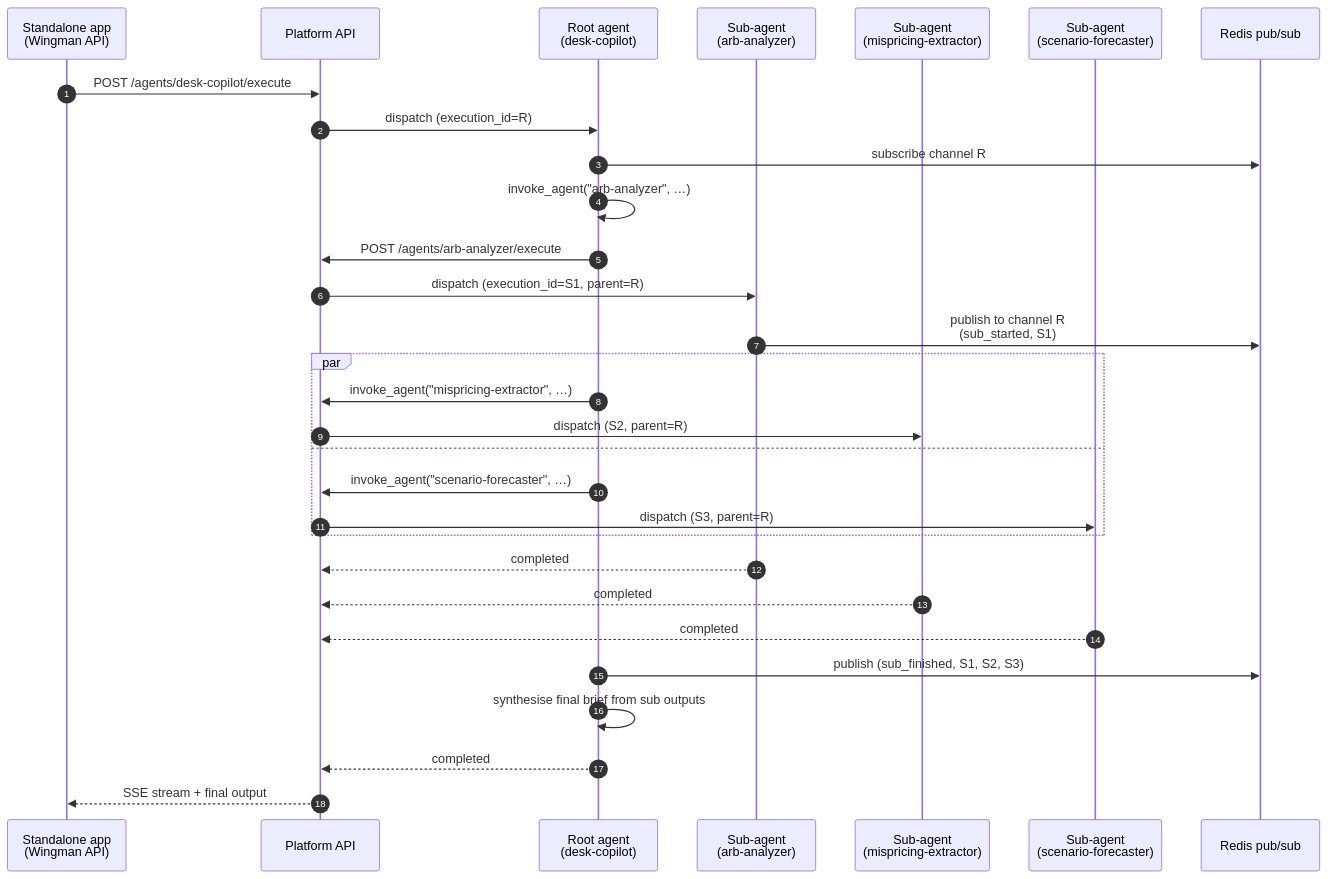
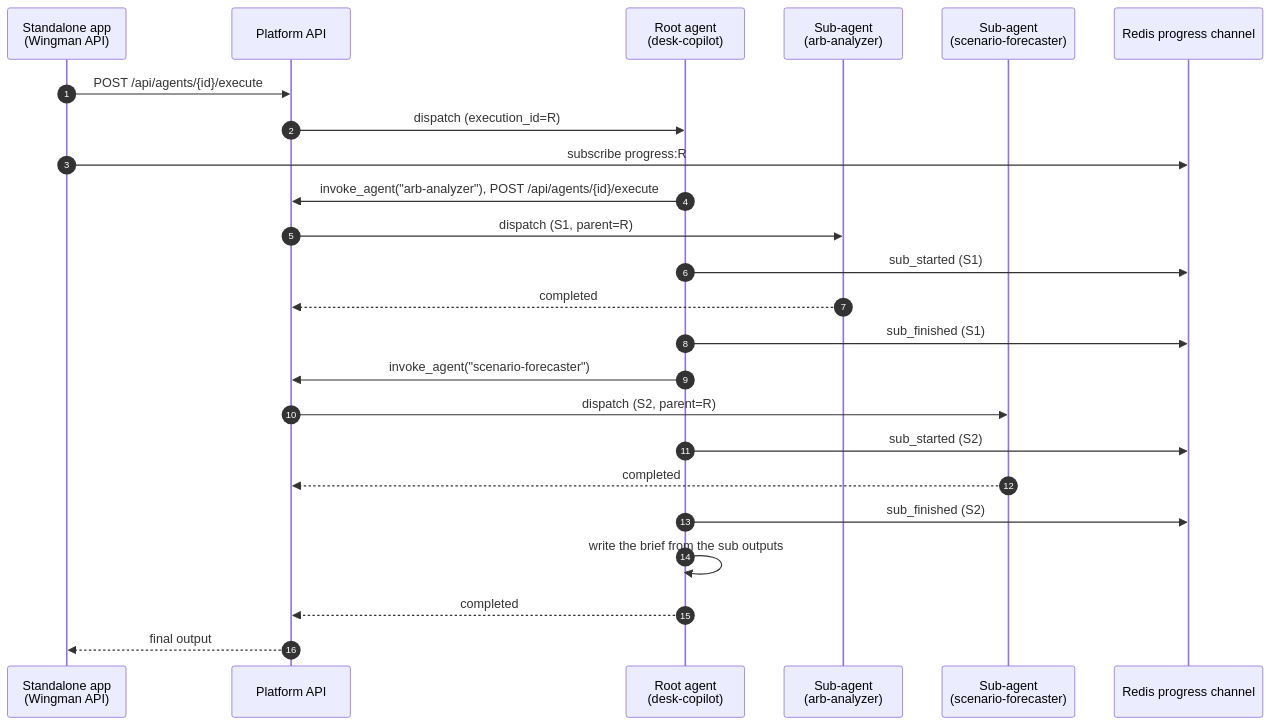
Before and after one commit to sarkar4777/abenix: the first of 2 diagrams in apps/web/public/dev-docs/02-runtime/06-agent-to-agent.md, drawn with Mermaid. The commit also changed other lines of this file and 623 other files, not shown here.

````diff
--- a/apps/web/public/dev-docs/02-runtime/06-agent-to-agent.md
+++ b/apps/web/public/dev-docs/02-runtime/06-agent-to-agent.md
@@ -11,33 +11,27 @@
 ```mermaid
 sequenceDiagram
   autonumber
   participant Caller as Standalone app<br/>(Wingman API)
   participant Plat as Platform API
   participant Root as Root agent<br/>(desk-copilot)
   participant Sub1 as Sub-agent<br/>(arb-analyzer)
-  participant Sub2 as Sub-agent<br/>(mispricing-extractor)
-  participant Sub3 as Sub-agent<br/>(scenario-forecaster)
-  participant Bus as Redis pub/sub
+  participant Sub2 as Sub-agent<br/>(scenario-forecaster)
+  participant Bus as Redis progress channel
 
-  Caller->>Plat: POST /agents/desk-copilot/execute
+  Caller->>Plat: POST /api/agents/{id}/execute
   Plat->>Root: dispatch (execution_id=R)
-  Root->>Bus: subscribe channel R
-  Root->>Root: invoke_agent("arb-analyzer", …)
-  Root->>Plat: POST /agents/arb-analyzer/execute
-  Plat->>Sub1: dispatch (execution_id=S1, parent=R)
-  Sub1->>Bus: publish to channel R<br/>(sub_started, S1)
-  par
-    Root->>Plat: invoke_agent("mispricing-extractor", …)
-    Plat->>Sub2: dispatch (S2, parent=R)
-  and
-    Root->>Plat: invoke_agent("scenario-forecaster", …)
-    Plat->>Sub3: dispatch (S3, parent=R)
-  end
+  Caller->>Bus: subscribe progress:R
+  Root->>Plat: invoke_agent("arb-analyzer"), POST /api/agents/{id}/execute
+  Plat->>Sub1: dispatch (S1, parent=R)
+  Root->>Bus: sub_started (S1)
   Sub1-->>Plat: completed
+  Root->>Bus: sub_finished (S1)
+  Root->>Plat: invoke_agent("scenario-forecaster")
+  Plat->>Sub2: dispatch (S2, parent=R)
+  Root->>Bus: sub_started (S2)
   Sub2-->>Plat: completed
-  Sub3-->>Plat: completed
-  Root->>Bus: publish (sub_finished, S1, S2, S3)
-  Root->>Root: synthesise final brief from sub outputs
+  Root->>Bus: sub_finished (S2)
+  Root->>Root: write the brief from the sub outputs
   Root-->>Plat: completed
-  Plat-->>Caller: SSE stream + final output
+  Plat-->>Caller: final output
 ```
````
